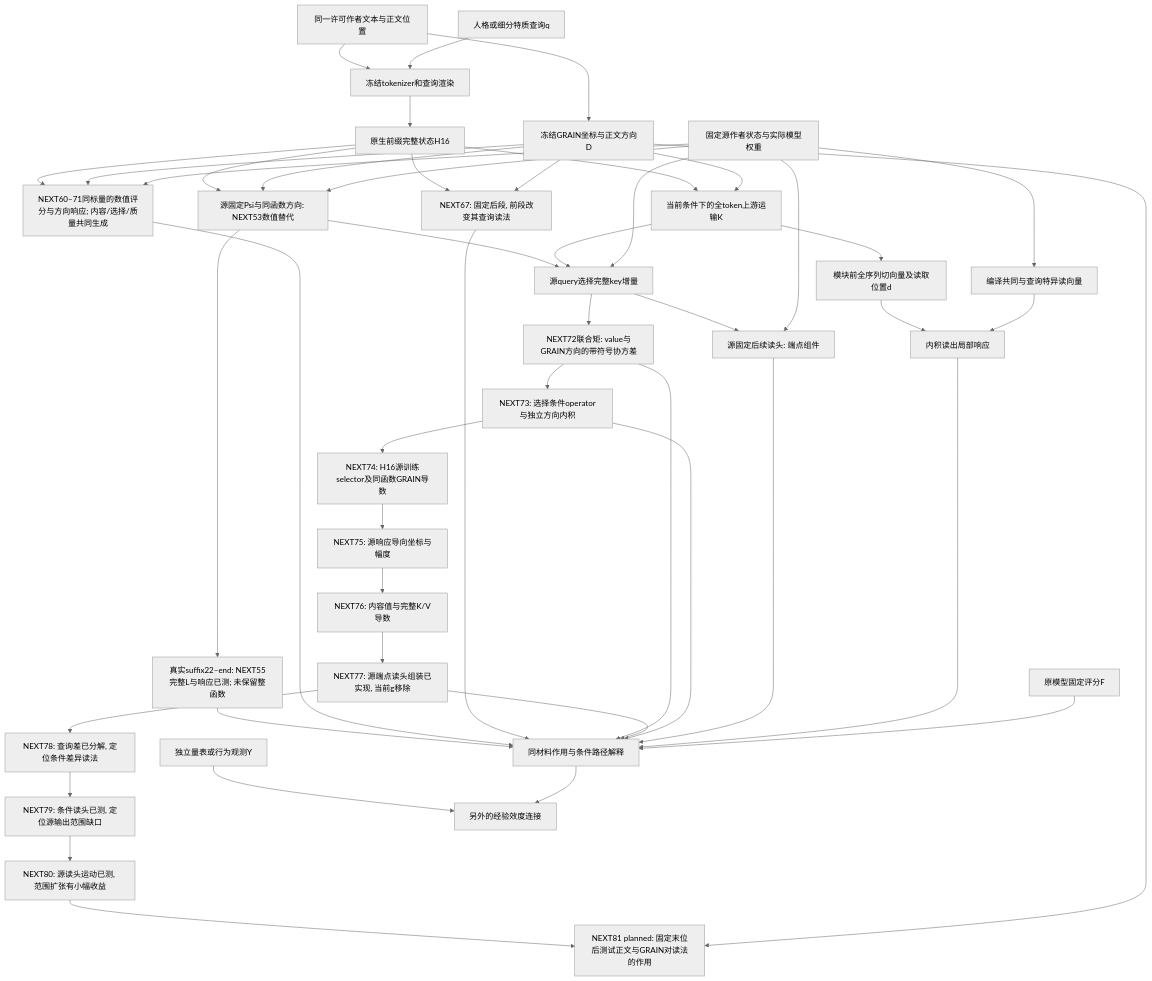
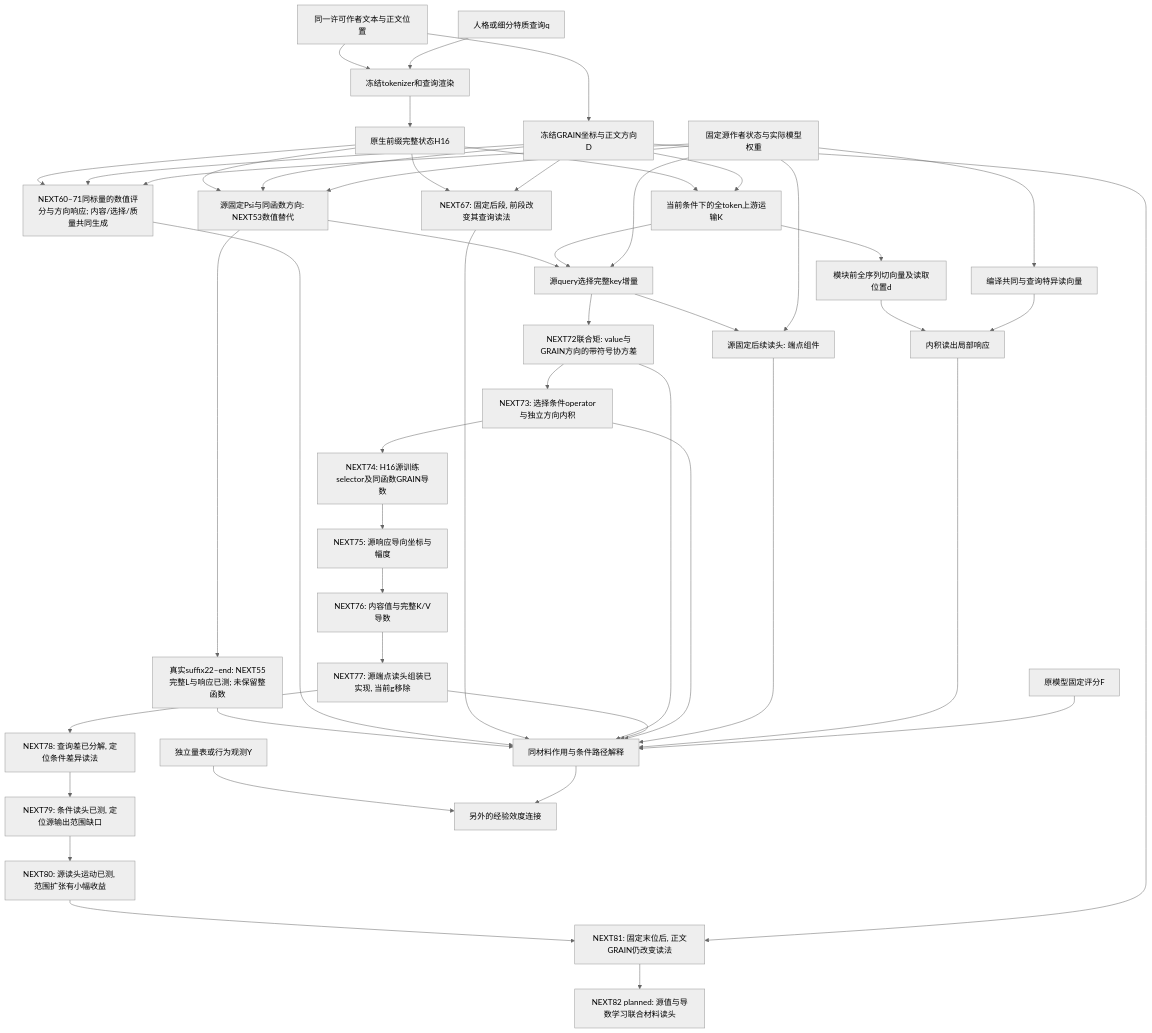
One commit to reiserhhh/GRAIN changed the diagram in docs/GRAIN_UPSTREAM_MECHANISM_INTEGRATION_V1.md. Above: the diagram before and after it, drawn with Mermaid (neutral theme). The commit also changed other lines of this file and 17 other files, not shown here.

````diff
--- a/docs/GRAIN_UPSTREAM_MECHANISM_INTEGRATION_V1.md
+++ b/docs/GRAIN_UPSTREAM_MECHANISM_INTEGRATION_V1.md
@@ -8,49 +8,50 @@
 ```mermaid
 flowchart TD
   T[同一许可作者文本与正文位置] --> G[冻结GRAIN坐标与正文方向D]
   T --> R[冻结tokenizer和查询渲染]
   Q[人格或细分特质查询q] --> R
   R --> H[原生前缀完整状态H16]
   H --> K[当前条件下的全token上游运输K]
   H --> P[源固定Psi与同函数方向: NEXT53数值替代]
   G --> P
   S --> P
   P --> U
   P --> W[真实suffix22–end: NEXT55完整L与响应已测; 未保留整函数]
   W --> J
   H --> Z[NEXT60–71同标量的数值评分与方向响应; 内容/选择/质量共同生成]
   G --> Z
   S --> Z
   Z --> J
   H --> I[NEXT67: 固定后段, 前段改变其查询读法]
   G --> I
   I --> J
   G --> K
   K --> D[模块前全序列切向量及读取位置d]
   S[固定源作者状态与实际模型权重] --> V[编译共同与查询特异读向量]
   D --> A[内积读出局部响应]
   V --> A
   K --> U[源query选择完整key增量]
   S --> U
   U --> M[NEXT72联合矩: value与GRAIN方向的带符号协方差]
   M --> J
   M --> O[NEXT73: 选择条件operator与独立方向内积]
   O --> P74[NEXT74: H16源训练selector及同函数GRAIN导数]
   P74 --> P75[NEXT75: 源响应导向坐标与幅度]
   P75 --> P76[NEXT76: 内容值与完整K/V导数]
   P76 --> P77[NEXT77: 源端点读头组装已实现, 当前g移除]
   P77 --> J
   P77 --> P78[NEXT78: 查询差已分解, 定位条件差异读法]
   P78 --> P79[NEXT79: 条件读头已测, 定位源输出范围缺口]
   P79 --> P80[NEXT80: 源读头运动已测, 范围扩张有小幅收益]
-  P80 --> P81[NEXT81 planned: 固定末位后测试正文与GRAIN对读法的作用]
+  P80 --> P81[NEXT81: 固定末位后, 正文GRAIN仍改变读法]
   G --> P81
+  P81 --> P82[NEXT82 planned: 源值与导数学习联合材料读头]
   O --> J
   U --> C[源固定后续读头: 端点组件]
   S --> C
   C --> J
   A --> J[同材料作用与条件路径解释]
   F[原模型固定评分F] --> J
   Y[独立量表或行为观测Y] --> E[另外的经验效度连接]
   J --> E
 ```
````
